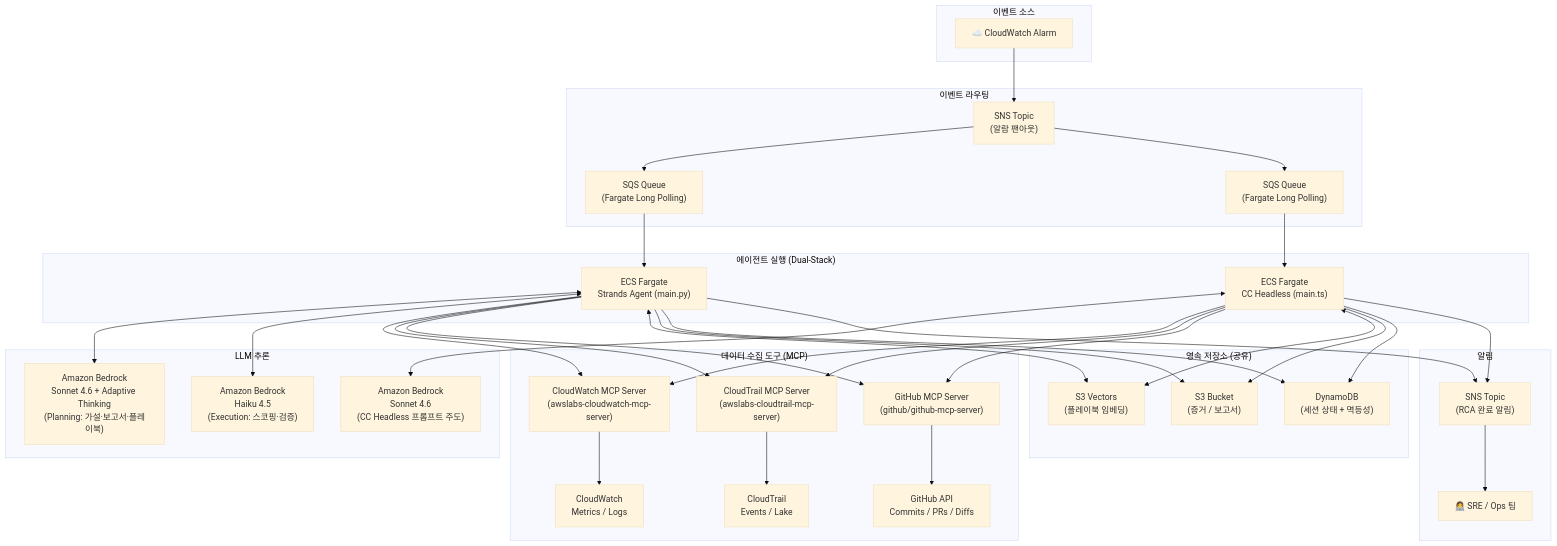
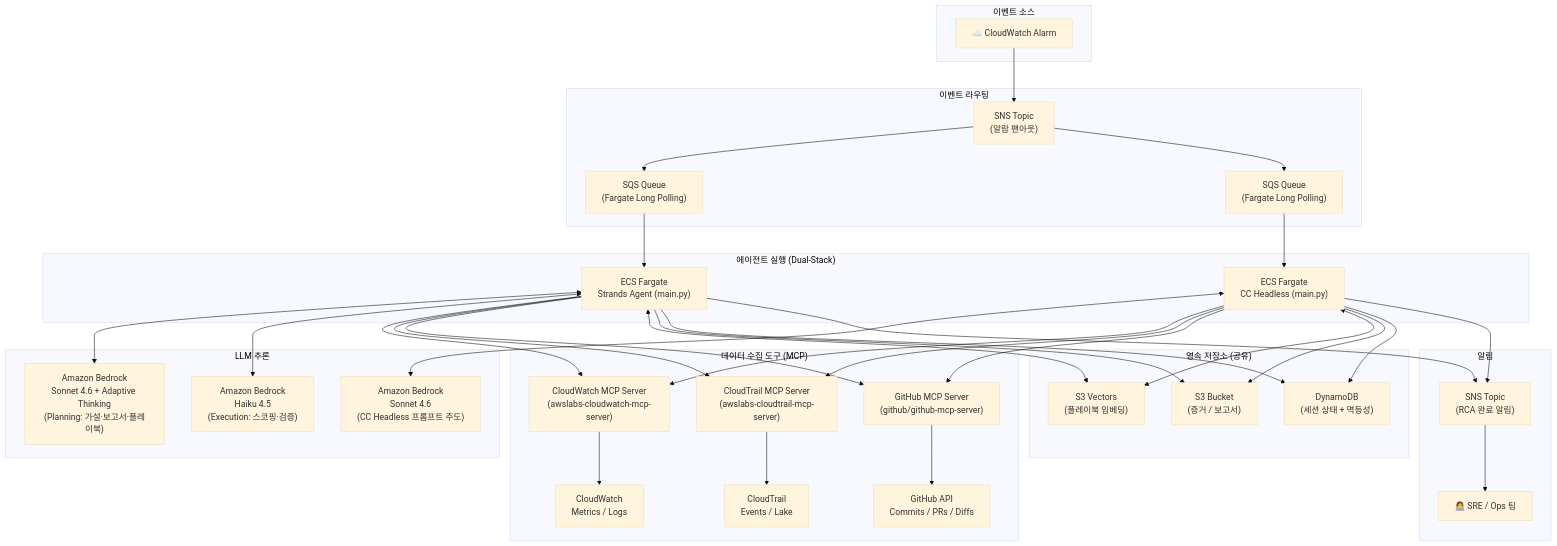
One commit to haandol/rca-agent changed the first of 4 diagrams in AGENTS.md. Above: the diagram before and after it, drawn with Mermaid (base theme). The commit also changed other lines of this file and 27 other files, not shown here.

````diff
--- a/AGENTS.md
+++ b/AGENTS.md
@@ -91,68 +91,68 @@
 ```mermaid
 graph TB
     subgraph EventSource["이벤트 소스"]
         CW_ALARM["☁️ CloudWatch Alarm"]
     end
 
     subgraph Messaging["이벤트 라우팅"]
         SNS_IN["SNS Topic<br/>(알람 팬아웃)"]
         SQS_FARGATE["SQS Queue<br/>(Fargate Long Polling)"]
         SQS_CC["SQS Queue<br/>(Fargate Long Polling)"]
     end
 
     subgraph Compute["에이전트 실행 (Dual-Stack)"]
         ECS["ECS Fargate<br/>Strands Agent (main.py)"]
-        ECS_CC["ECS Fargate<br/>CC Headless (main.ts)"]
+        ECS_CC["ECS Fargate<br/>CC Headless (main.py)"]
     end
 
     subgraph LLM["LLM 추론"]
         BEDROCK_PLAN["Amazon Bedrock<br/>Sonnet 4.6 + Adaptive Thinking<br/>(Planning: 가설·보고서·플레이북)"]
         BEDROCK_EXEC["Amazon Bedrock<br/>Haiku 4.5<br/>(Execution: 스코핑·검증)"]
         BEDROCK_CC["Amazon Bedrock<br/>Sonnet 4.6<br/>(CC Headless 프롬프트 주도)"]
     end
 
     subgraph DataTools["데이터 수집 도구 (MCP)"]
         CW_MCP["CloudWatch MCP Server<br/>(awslabs-cloudwatch-mcp-server)"]
         CT_MCP["CloudTrail MCP Server<br/>(awslabs-cloudtrail-mcp-server)"]
         GH_MCP["GitHub MCP Server<br/>(github/github-mcp-server)"]
         CW_API["CloudWatch<br/>Metrics / Logs"]
         CT_API["CloudTrail<br/>Events / Lake"]
         GH_API["GitHub API<br/>Commits / PRs / Diffs"]
     end
 
     subgraph Storage["영속 저장소 (공유)"]
         S3_VECTORS["S3 Vectors<br/>(플레이북 임베딩)"]
         S3["S3 Bucket<br/>(증거 / 보고서)"]
         DDB["DynamoDB<br/>(세션 상태 + 멱등성)"]
     end
 
     subgraph Notification["알림"]
         SNS_OUT["SNS Topic<br/>(RCA 완료 알림)"]
         SRE["👩‍💻 SRE / Ops 팀"]
     end
 
     CW_ALARM --> SNS_IN
     SNS_IN --> SQS_FARGATE --> ECS
     SNS_IN --> SQS_CC --> ECS_CC
     ECS <--> BEDROCK_PLAN
     ECS <--> BEDROCK_EXEC
     ECS_CC <--> BEDROCK_CC
     ECS --> CW_MCP
     ECS --> CT_MCP
     ECS --> GH_MCP
     ECS_CC --> CW_MCP
     ECS_CC --> CT_MCP
     ECS_CC --> GH_MCP
     CW_MCP --> CW_API
     CT_MCP --> CT_API
     GH_MCP --> GH_API
     ECS <--> S3_VECTORS
     ECS --> S3
     ECS --> DDB
     ECS_CC <--> S3_VECTORS
     ECS_CC --> S3
     ECS_CC --> DDB
     ECS --> SNS_OUT
     ECS_CC --> SNS_OUT
     SNS_OUT --> SRE
 ```
````
